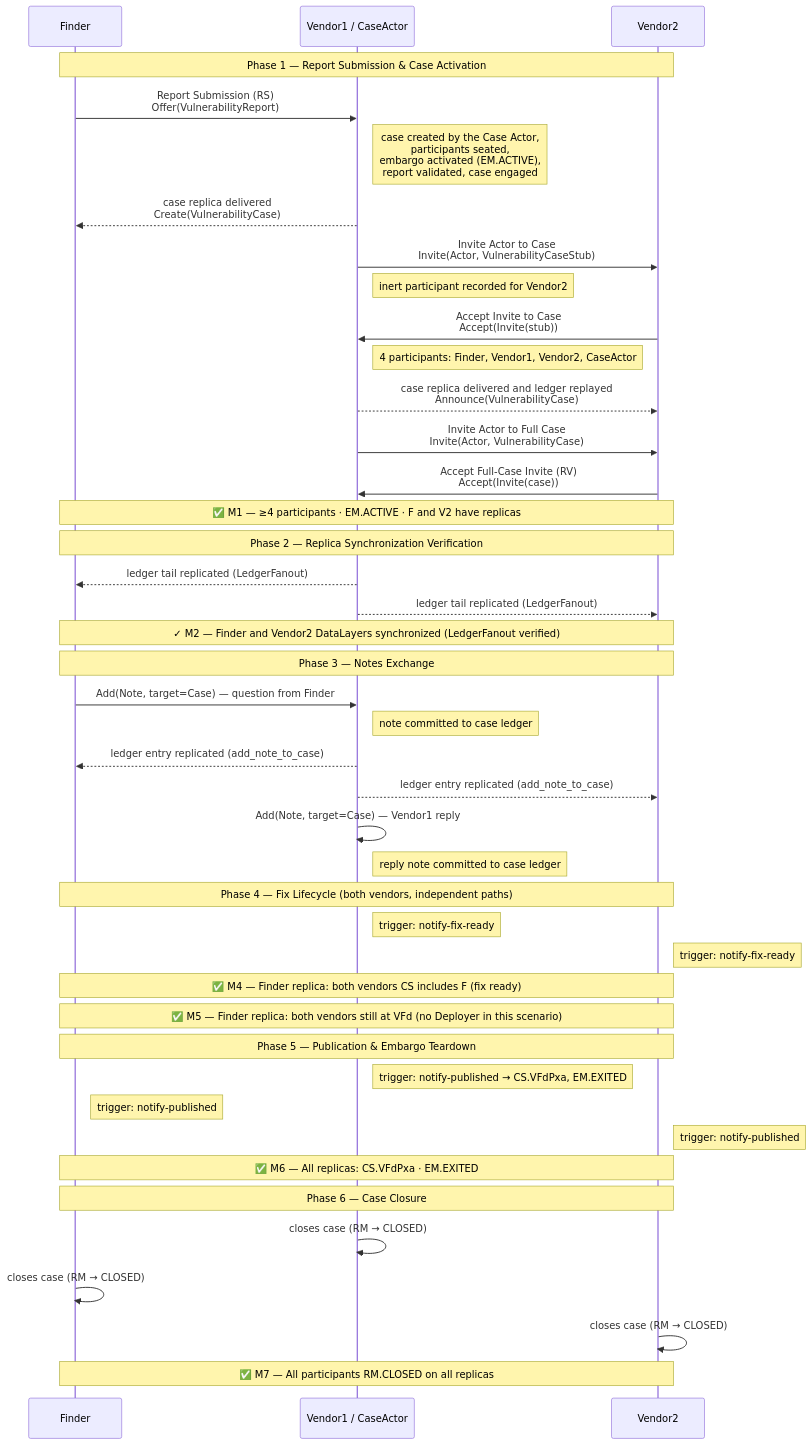
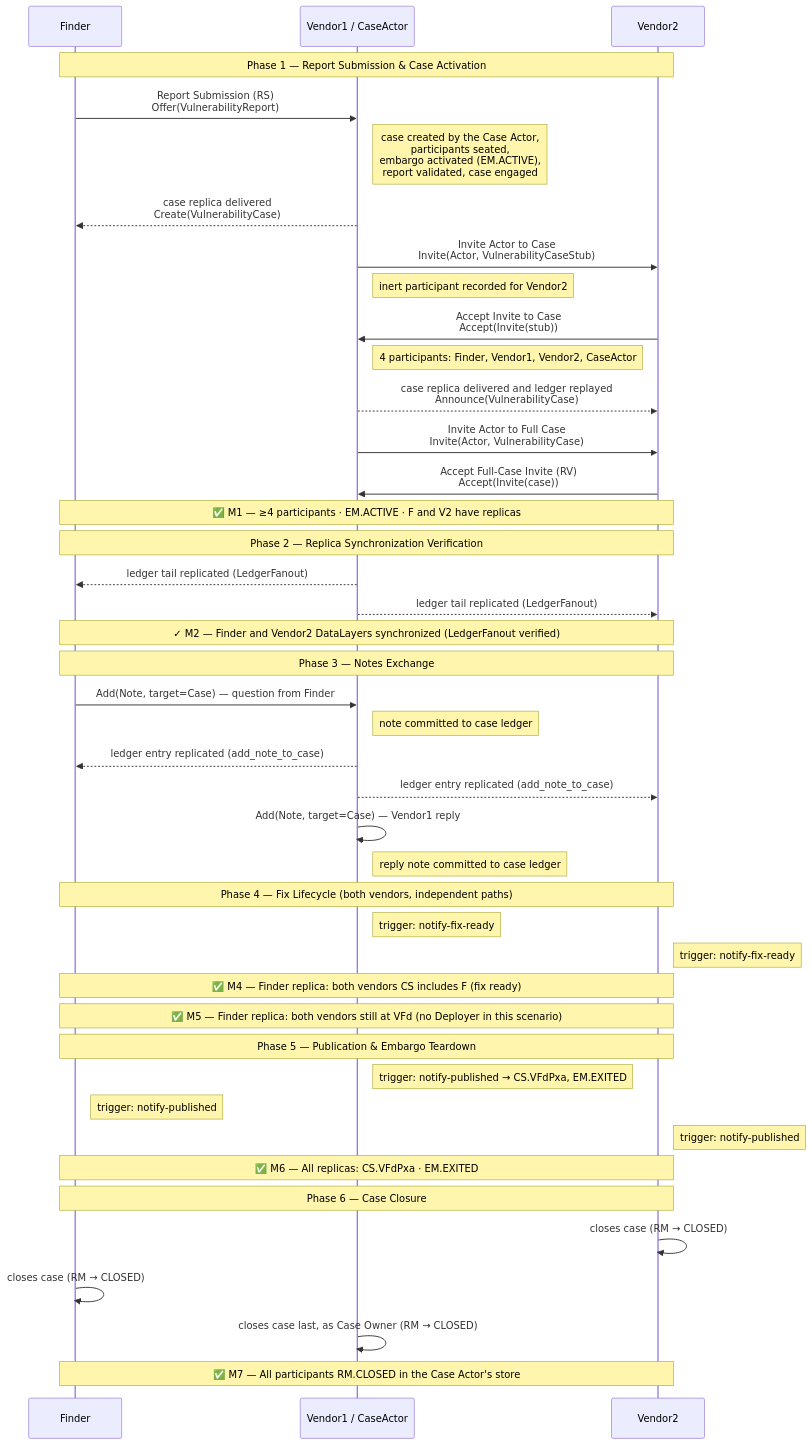
Before and after one commit to CERTCC/Vultron: the diagram in docs/howto/demos/fvv-demo.md, drawn with Mermaid. The commit also changed other lines of this file and 58 other files, not shown here.

First line of the commit message:
feat(core,demo): closed participants receive nothing after their own closure (CM-23-004)

````diff
--- a/docs/howto/demos/fvv-demo.md
+++ b/docs/howto/demos/fvv-demo.md
@@ -76,57 +76,57 @@
 ```mermaid
 sequenceDiagram
     participant F as Finder
     participant V1 as Vendor1 / CaseActor
     participant V2 as Vendor2
 
     note over F,V2: Phase 1 — Report Submission & Case Activation
 
     F->>V1: Report Submission (RS)<br/>Offer(VulnerabilityReport)
     note right of V1: case created by the Case Actor,<br/>participants seated,<br/>embargo activated (EM.ACTIVE),<br/>report validated, case engaged
     V1-->>F: case replica delivered<br/>Create(VulnerabilityCase)
     V1->>V2: Invite Actor to Case<br/>Invite(Actor, VulnerabilityCaseStub)
     note right of V1: inert participant recorded for Vendor2
     V2->>V1: Accept Invite to Case<br/>Accept(Invite(stub))
     note right of V1: 4 participants: Finder, Vendor1, Vendor2, CaseActor
     V1-->>V2: case replica delivered and ledger replayed<br/>Announce(VulnerabilityCase)
     V1->>V2: Invite Actor to Full Case<br/>Invite(Actor, VulnerabilityCase)
     V2->>V1: Accept Full-Case Invite (RV)<br/>Accept(Invite(case))
 
     note over F,V2: ✅ M1 — ≥4 participants · EM.ACTIVE · F and V2 have replicas
 
     note over F,V2: Phase 2 — Replica Synchronization Verification
 
     V1-->>F: ledger tail replicated (LedgerFanout)
     V1-->>V2: ledger tail replicated (LedgerFanout)
     note over F,V2: ✓ M2 — Finder and Vendor2 DataLayers synchronized (LedgerFanout verified)
 
     note over F,V2: Phase 3 — Notes Exchange
 
     F->>V1: Add(Note, target=Case) — question from Finder
     note right of V1: note committed to case ledger
     V1-->>F: ledger entry replicated (add_note_to_case)
     V1-->>V2: ledger entry replicated (add_note_to_case)
     V1->>V1: Add(Note, target=Case) — Vendor1 reply
     note right of V1: reply note committed to case ledger
 
     note over F,V2: Phase 4 — Fix Lifecycle (both vendors, independent paths)
 
     note right of V1: trigger: notify-fix-ready
     note right of V2: trigger: notify-fix-ready
     note over F,V2: ✅ M4 — Finder replica: both vendors CS includes F (fix ready)
     note over F,V2: ✅ M5 — Finder replica: both vendors still at VFd (no Deployer in this scenario)
 
     note over F,V2: Phase 5 — Publication & Embargo Teardown
 
     note right of V1: trigger: notify-published → CS.VFdPxa, EM.EXITED
     note right of F: trigger: notify-published
     note right of V2: trigger: notify-published
     note over F,V2: ✅ M6 — All replicas: CS.VFdPxa · EM.EXITED
 
     note over F,V2: Phase 6 — Case Closure
 
-    V1->>V1: closes case (RM → CLOSED)
+    V2->>V2: closes case (RM → CLOSED)
     F->>F: closes case (RM → CLOSED)
-    V2->>V2: closes case (RM → CLOSED)
-    note over F,V2: ✅ M7 — All participants RM.CLOSED on all replicas
+    V1->>V1: closes case last, as Case Owner (RM → CLOSED)
+    note over F,V2: ✅ M7 — All participants RM.CLOSED in the Case Actor's store
 ```
````
